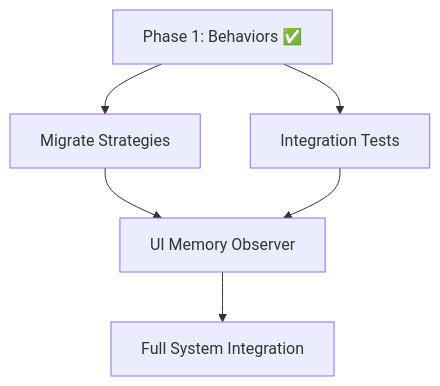
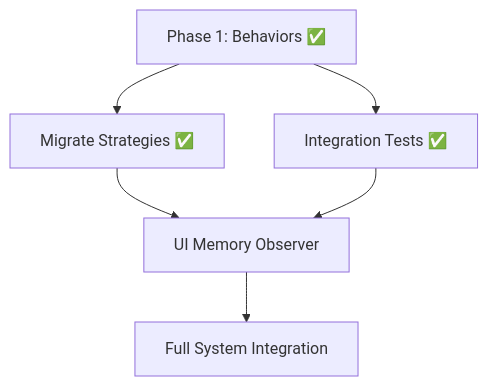
One commit to SergeiGolos/wod-wiki changed the diagram in docs/runtime-project/next-steps.md. Above: the diagram before and after it, drawn with Mermaid. The commit also changed other lines of this file and 10 other files, not shown here.

Commit message:
feat: Enhance runtime behavior system with improved integration tests, UI memory observer updates, and new hooks for memory management

````diff
--- a/docs/runtime-project/next-steps.md
+++ b/docs/runtime-project/next-steps.md
@@ -86,8 +89,8 @@
 ```mermaid
 graph TD
-    A[Phase 1: Behaviors ✅] --> B[Migrate Strategies]
-    A --> C[Integration Tests]
+    A[Phase 1: Behaviors ✅] --> B[Migrate Strategies ✅]
+    A --> C[Integration Tests ✅]
     B --> D[UI Memory Observer]
     C --> D
     D --> E[Full System Integration]
 ```
````
